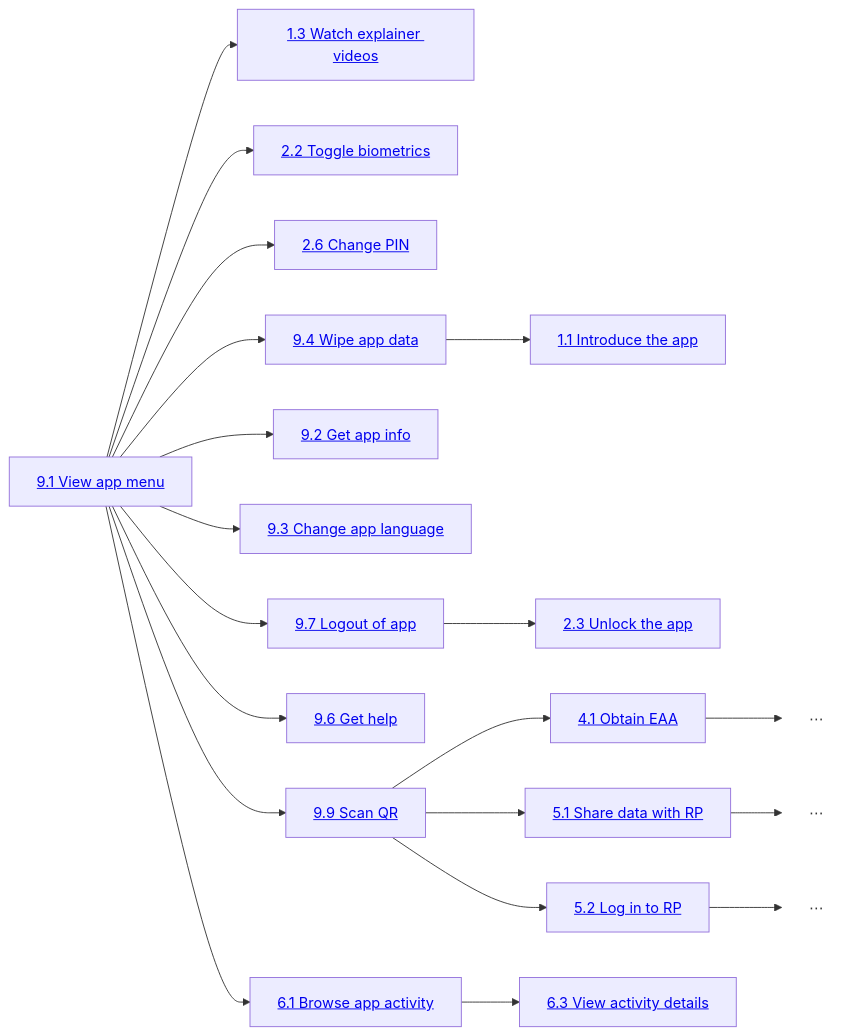
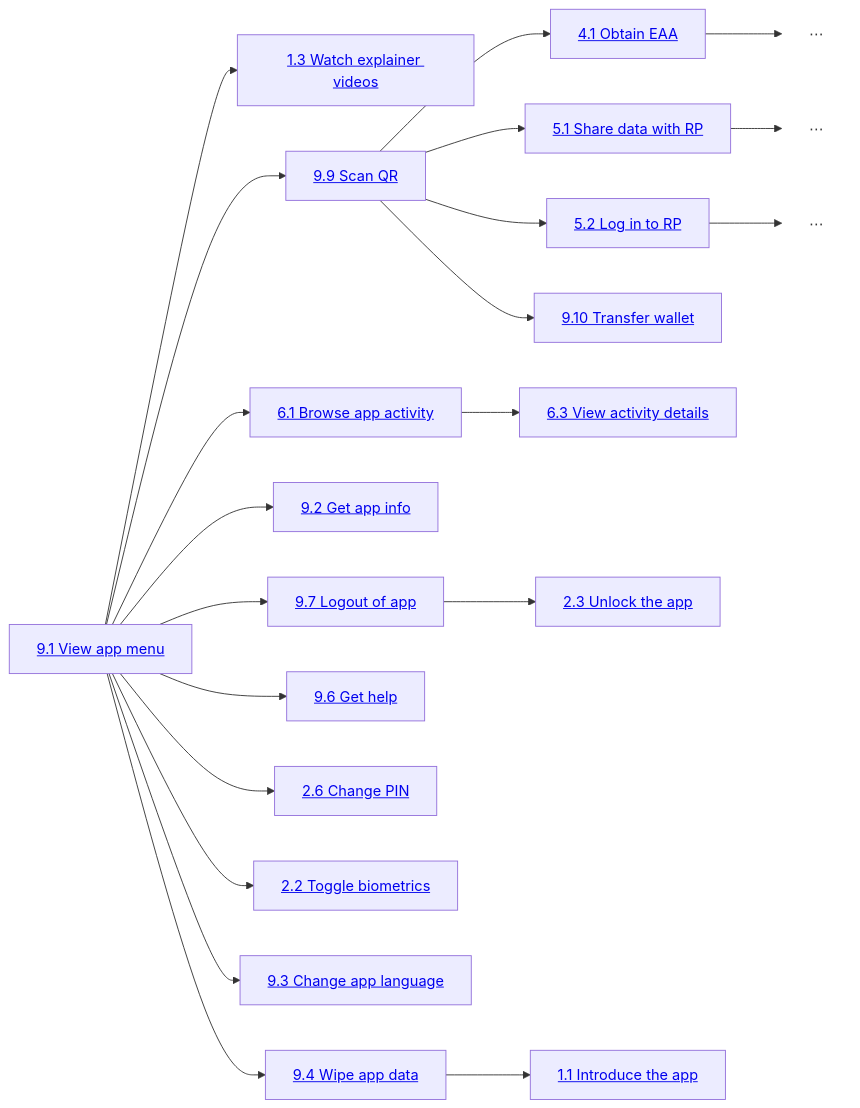
One commit to MinBZK/nl-wallet changed the third of 3 diagrams in wallet_docs/functional-design/use-case-overview.md. Above: the diagram before and after it, drawn with Mermaid. The commit also changed other lines of this file and 8 other files, not shown here.

````diff
--- a/wallet_docs/functional-design/use-case-overview.md
+++ b/wallet_docs/functional-design/use-case-overview.md
@@ -129,61 +133,63 @@
 ```{mermaid}
 flowchart LR
 ELLIP1[⋯]
 ELLIP2[⋯]
 ELLIP3[⋯]
 INTRODUCE["<a href='use-cases/UC1.1_IntroduceTheApp.html'>1.1 Introduce the app</a>"]
 APP_TOUR["<a href='use-cases/UC1.3_AppTour.html'>1.3 Watch explainer videos</a>"]
 
 TOGGLEBIO["<a href='use-cases/UC2.2_ChangeBiometricUnlock.html'>2.2 Toggle biometrics</a>"]
 UNLOCK["<a href='use-cases/UC2.3_UnlockTheApp.html'>2.3 Unlock the app</a>"]
 CHANGEPIN["<a href='use-cases/UC2.6_ChangeRemotePIN.html'>2.6 Change PIN</a>"]
 
 OBTAIN_CARDS["<a href='use-cases/UC4.1_ObtainCardsFromEAAIssuer.html'>4.1 Obtain EAA</a>"]
 
 SHARE["<a href='use-cases/UC5.1_ShareDataWithRP.html'>5.1 Share data with RP</a>"]
 LOGIN["<a href='use-cases/UC5.2_LoginToApplicationOfRP.html'>5.2 Log in to RP</a>"]
 
 ALL_HISTORY["<a href='use-cases/UC6.1_ShowCompleteUsageAndManagementHistory.html'>6.1 Browse app activity</a>"]
 HISTORY_EVENT["<a href='use-cases/UC6.3_ShowHistoryEvent.html'>6.3 View activity details</a>"]
 
 MENU["<a href='use-cases/UC9.1_ShowAppMenu.html'>9.1 View app menu</a>"]
 APP_INFO["<a href='use-cases/UC9.2_GetAppInformation.html'>9.2 Get app info</a>"]
 CHANGELANG["<a href='use-cases/UC9.3_ChangeAppLanguage.html'>9.3 Change app language</a>"]
 WIPE["<a href='use-cases/UC9.4_WipeAllAppData.html'>9.4 Wipe app data</a>"]
 HELP["<a href='use-cases/UC9.6_GetHelp.html'>9.6 Get help</a>"]
 LOGOUT["<a href='use-cases/UC9.7_LogoutOffTheApp.html'>9.7 Logout of app</a>"]
 QR["<a href='use-cases/UC9.9_ScanQR.html'>9.9 Scan QR</a>"]
+TRANSFER["<a href='use-cases/UC9.10_TransferWallet.html'>9.10 Transfer wallet</a>"]
 
 WIPE --> INTRODUCE
 
 OBTAIN_CARDS --> ELLIP1
 
 SHARE --> ELLIP2
 
 LOGIN --> ELLIP3
 
 QR --> OBTAIN_CARDS
 QR --> SHARE
 QR --> LOGIN
+QR --> TRANSFER
 
 MENU --> APP_TOUR
 MENU --> QR
 MENU --> ALL_HISTORY
 MENU --> APP_INFO
 MENU --> LOGOUT
 MENU --> HELP
 
 MENU --> CHANGEPIN
 MENU --> TOGGLEBIO
 MENU --> CHANGELANG
 MENU --> WIPE
 
 ALL_HISTORY --> HISTORY_EVENT
 
 LOGOUT --> UNLOCK
 
 classDef trans fill:transparent,stroke:transparent
 class ELLIP1 trans
 class ELLIP2 trans
 class ELLIP3 trans
 ```
````
